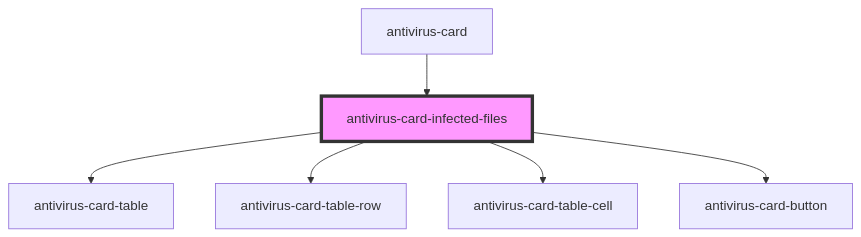
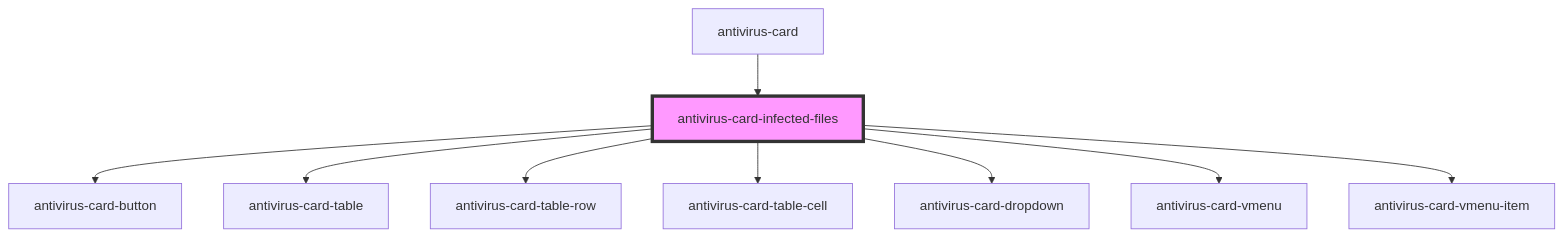
The diagram in client/packages/antivirus-card/src/components/infected-files/readme.md (ispsystem/plugin-imunify), drawn with Mermaid before and after one commit. The commit also changed other lines of this file and 5 other files, not shown here.

Commit message:
docs: ✏️ Generated docs for vmenu and vmenu-item

````diff
--- a/client/packages/antivirus-card/src/components/infected-files/readme.md
+++ b/client/packages/antivirus-card/src/components/infected-files/readme.md
@@ -29,9 +32,12 @@
 ```mermaid
 graph TD;
+  antivirus-card-infected-files --> antivirus-card-button
   antivirus-card-infected-files --> antivirus-card-table
   antivirus-card-infected-files --> antivirus-card-table-row
   antivirus-card-infected-files --> antivirus-card-table-cell
-  antivirus-card-infected-files --> antivirus-card-button
+  antivirus-card-infected-files --> antivirus-card-dropdown
+  antivirus-card-infected-files --> antivirus-card-vmenu
+  antivirus-card-infected-files --> antivirus-card-vmenu-item
   antivirus-card --> antivirus-card-infected-files
   style antivirus-card-infected-files fill:#f9f,stroke:#333,stroke-width:4px
 ```
````
